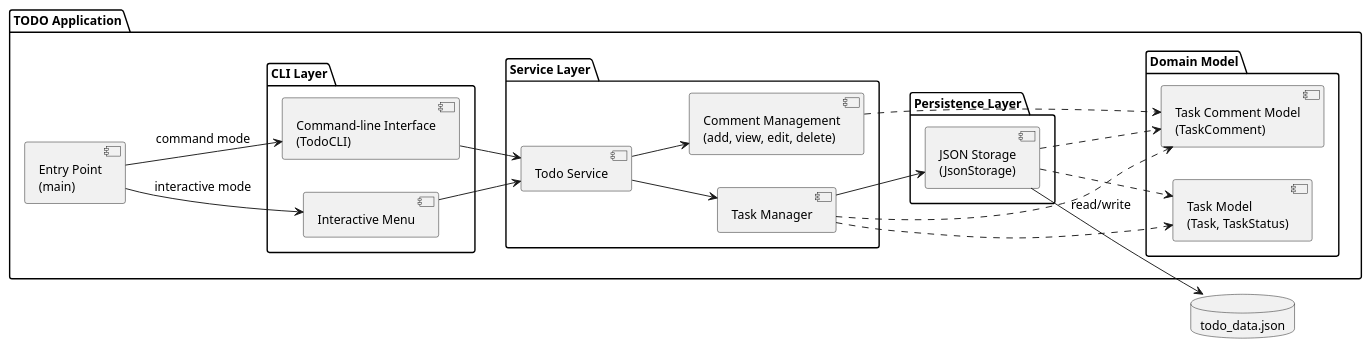
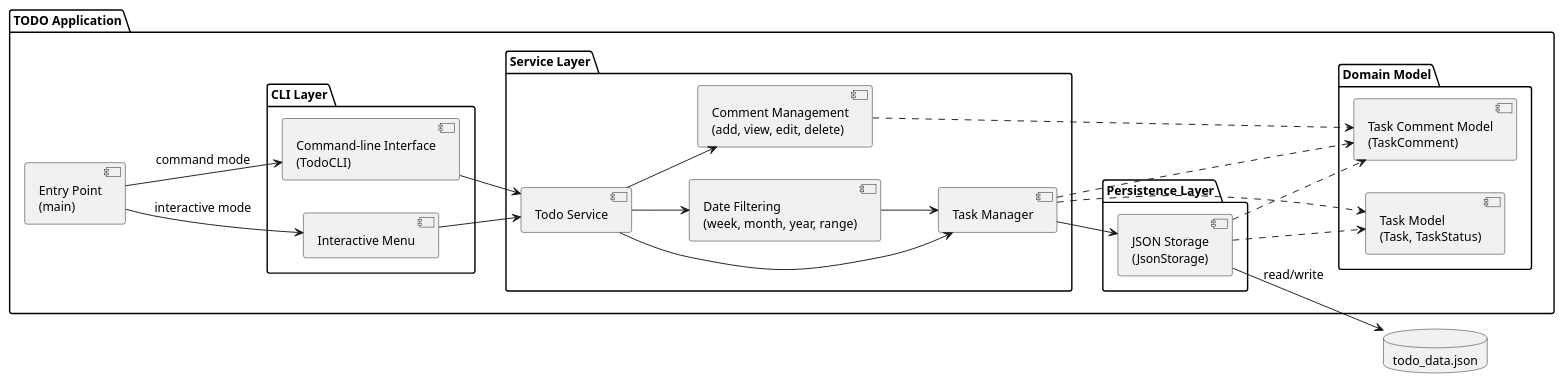
Before and after one commit to DanielRiha8906/Software_autoevolution_using_agents: the diagram in experiments/pipeline/user_stories/TODO/artifacts/component_diagram.puml, drawn with PlantUML. The commit also changed 10 other files, not shown here.

First line of the commit message:
task 05 | pipeline / user_stories / TODO: Implement task filtering by due date and overdue status

```diff
--- a/experiments/pipeline/user_stories/TODO/artifacts/component_diagram.puml
+++ b/experiments/pipeline/user_stories/TODO/artifacts/component_diagram.puml
@@ -1,52 +1,55 @@
 @startuml component_diagram
 
 skinparam componentStyle uml2
 skinparam defaultFontSize 13
 
 left to right direction
 
 package "TODO Application" {
 
     component "Entry Point\n(main)" as Main
 
     package "CLI Layer" {
         component "Interactive Menu" as IM
         component "Command-line Interface\n(TodoCLI)" as CLI
     }
 
     package "Service Layer" {
         component "Todo Service" as SVC
         component "Task Manager" as MGR
         component "Comment Management\n(add, view, edit, delete)" as CMT
+        component "Date Filtering\n(week, month, year, range)" as DateFilter
     }
 
     package "Domain Model" {
         component "Task Model\n(Task, TaskStatus)" as Model
         component "Task Comment Model\n(TaskComment)" as CommentModel
     }
 
     package "Persistence Layer" {
         component "JSON Storage\n(JsonStorage)" as Storage
     }
 }
 
 database "todo_data.json" as DB
 
 Main --> IM : interactive mode
 Main --> CLI : command mode
 
 IM --> SVC
 CLI --> SVC
 
 SVC --> MGR
 SVC --> CMT
+SVC --> DateFilter
+DateFilter --> MGR
 MGR --> Storage
 MGR ..> Model
 MGR ..> CommentModel
 CMT ..> CommentModel
 Storage ..> Model
 Storage ..> CommentModel
 
 Storage --> DB : read/write
 
 @enduml
```
